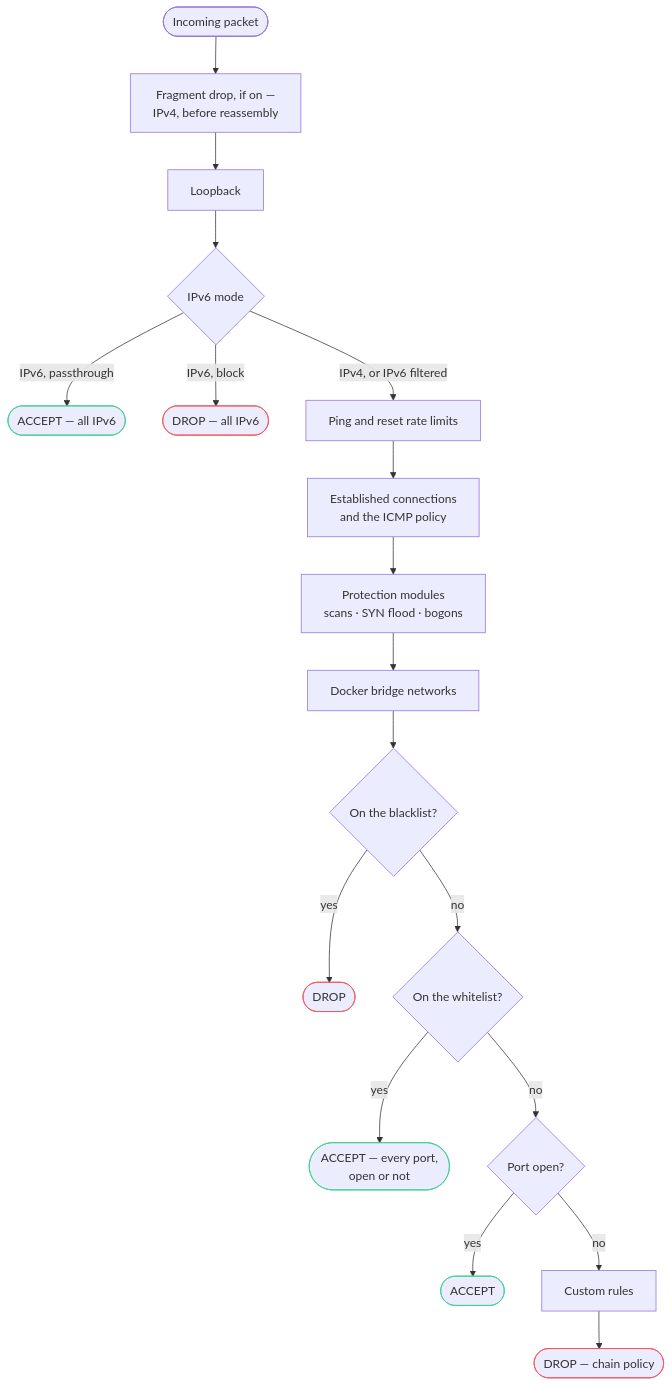
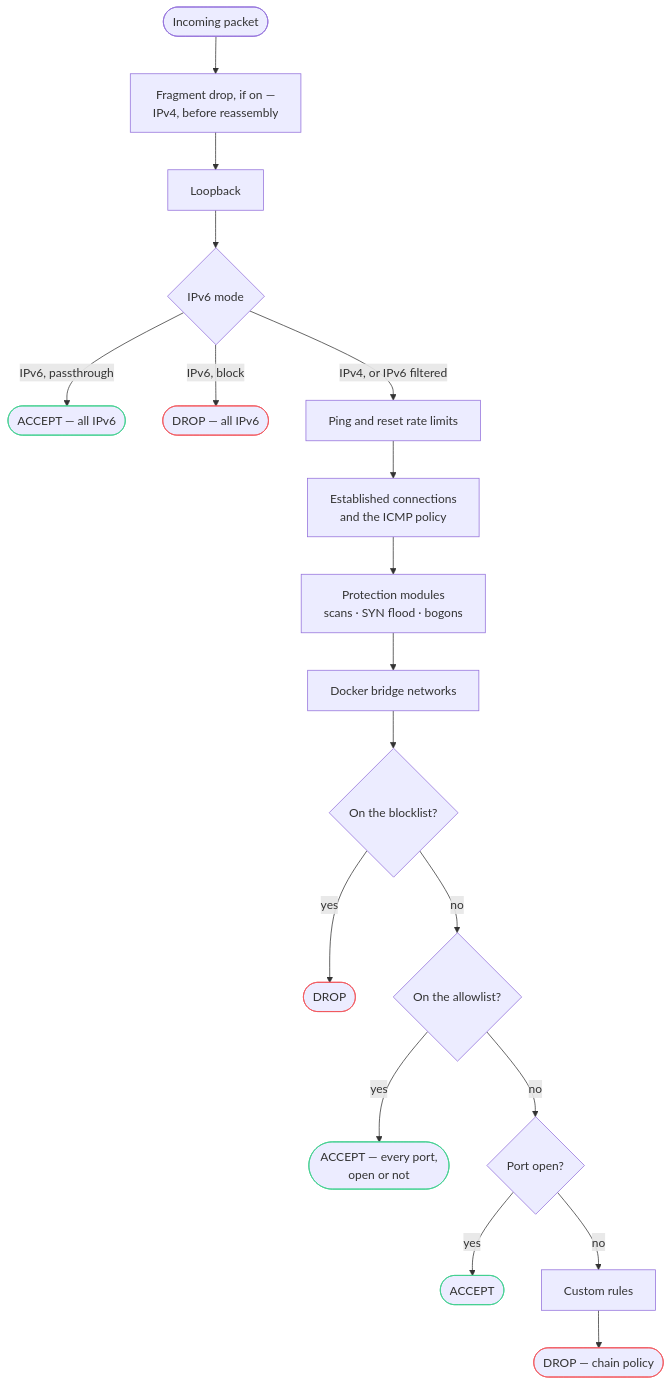
Before and after one commit to jp1337/easywall: the diagram in docs/_diagrams/rule-order.mmd, drawn with Mermaid. The commit also changed 113 other files, not shown here.

First line of the commit message:
refactor: blacklist becomes blocklist, whitelist becomes allowlist

```diff
--- a/docs/_diagrams/rule-order.mmd
+++ b/docs/_diagrams/rule-order.mmd
@@ -1,25 +1,25 @@
 flowchart TD
   P(["Incoming packet"]) --> F["Fragment drop, if on —<br/>IPv4, before reassembly"]
   F --> L["Loopback"]
   L --> V{"IPv6 mode"}
   V -->|"IPv6, passthrough"| A1(["ACCEPT — all IPv6"])
   V -->|"IPv6, block"| X0(["DROP — all IPv6"])
   V -->|"IPv4, or IPv6 filtered"| R["Ping and reset rate limits"]
   R --> H["Established connections<br/>and the ICMP policy"]
   H --> M["Protection modules<br/>scans · SYN flood · bogons"]
   M --> D["Docker bridge networks"]
-  D --> B{"On the blacklist?"}
+  D --> B{"On the blocklist?"}
   B -->|yes| X1(["DROP"])
-  B -->|no| W{"On the whitelist?"}
+  B -->|no| W{"On the allowlist?"}
   W -->|yes| A3(["ACCEPT — every port,<br/>open or not"])
   W -->|no| O{"Port open?"}
   O -->|yes| A4(["ACCEPT"])
   O -->|no| C["Custom rules"]
   C --> X2(["DROP — chain policy"])
 
   style X0 stroke:#f2555a
   style X1 stroke:#f2555a
   style X2 stroke:#f2555a
   style A1 stroke:#3ecf8e
   style A3 stroke:#3ecf8e
   style A4 stroke:#3ecf8e
```
